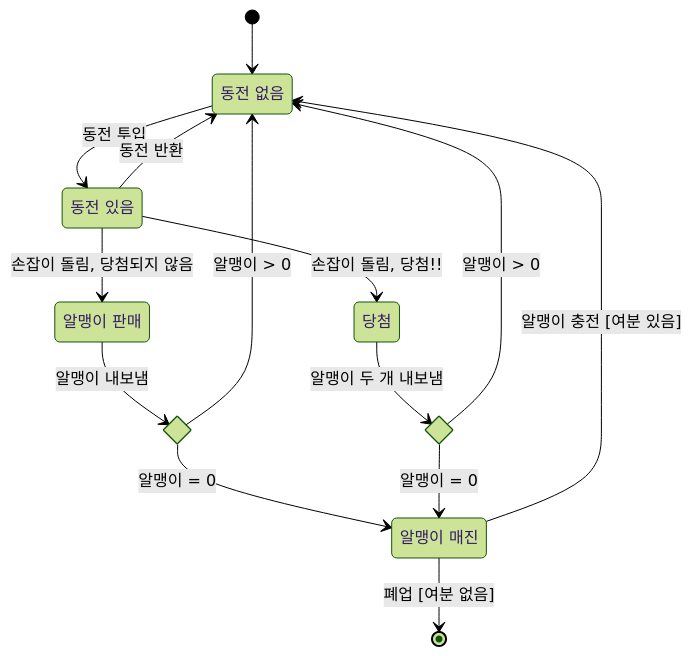
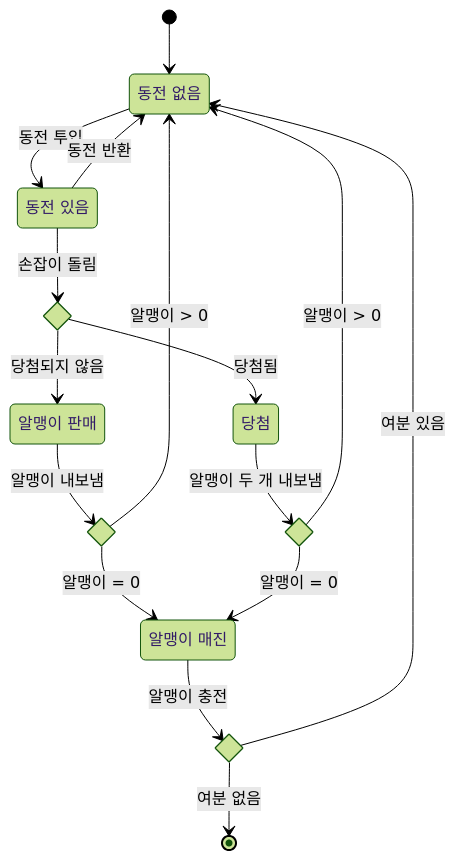
The fourth of 8 diagrams in _notes/uml/state-diagram.md (choesimin/choesimin.github.io), drawn with Mermaid (forest theme) before and after one commit. The commit also changed other lines of this file and 1 other file, not shown here.

````diff
--- a/_notes/uml/state-diagram.md
+++ b/_notes/uml/state-diagram.md
@@ -63,31 +98,36 @@
 ```mermaid
 stateDiagram-v2
 
 state "동전 없음" as noQuarter
 state "동전 있음" as hasQuarter
 state "알맹이 판매" as sold
 state "알맹이 매진" as soldOut
 state "당첨" as winner
 
 state ifSold <<choice>>
 state ifWinner <<choice>>
+state ifSoldOut <<choice>>
+state ifHasQuarter <<choice>>
 
 
 [*] --> noQuarter
+
 noQuarter --> hasQuarter : 동전 투입
 
 hasQuarter --> noQuarter : 동전 반환
-hasQuarter --> sold : 손잡이 돌림, 당첨되지 않음
-hasQuarter --> winner : 손잡이 돌림, 당첨!!
+hasQuarter --> ifHasQuarter : 손잡이 돌림
+ifHasQuarter --> sold : 당첨되지 않음
+ifHasQuarter --> winner : 당첨됨
 
 sold --> ifSold : 알맹이 내보냄
 ifSold --> noQuarter : 알맹이 > 0
 ifSold --> soldOut : 알맹이 = 0
 
 winner --> ifWinner : 알맹이 두 개 내보냄
 ifWinner --> noQuarter : 알맹이 > 0
 ifWinner --> soldOut : 알맹이 = 0
 
-soldOut --> noQuarter : 알맹이 충전 [여분 있음]
-soldOut --> [*] : 폐업 [여분 없음]
+soldOut --> ifSoldOut : 알맹이 충전
+ifSoldOut --> noQuarter : 여분 있음
+ifSoldOut --> [*] : 여분 없음
 ```
````
